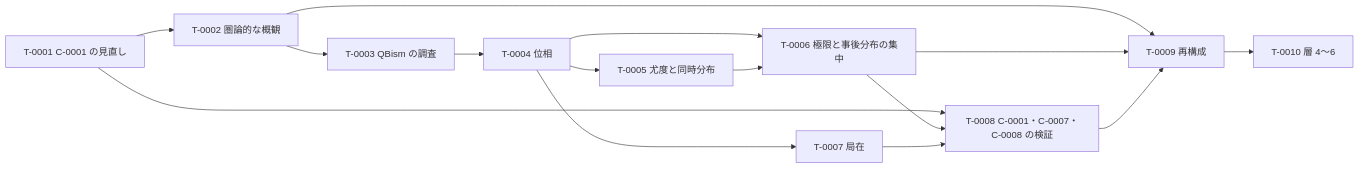
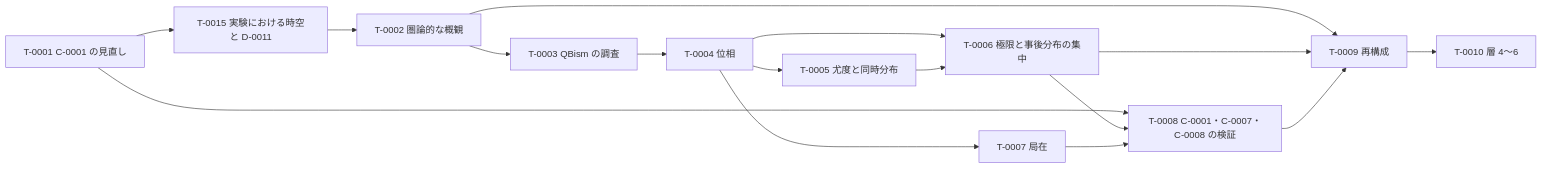
Before and after one commit to kittenkiki15/point-free-spacetime: the diagram in roadmap.md, drawn with Mermaid. The commit also changed other lines of this file and 11 other files, not shown here.

````diff
--- a/roadmap.md
+++ b/roadmap.md
@@ -52,17 +55,18 @@
 ```mermaid
 flowchart LR
-  T0001["T-0001 C-0001 の見直し"] --> T0002["T-0002 圏論的な概観"]
+  T0001["T-0001 C-0001 の見直し"] --> T0015["T-0015 実験における時空と D-0011"]
+  T0015 --> T0002["T-0002 圏論的な概観"]
   T0002 --> T0003["T-0003 QBism の調査"]
   T0003 --> T0004["T-0004 位相"]
   T0004 --> T0005["T-0005 尤度と同時分布"]
   T0004 --> T0006["T-0006 極限と事後分布の集中"]
   T0005 --> T0006
   T0004 --> T0007["T-0007 局在"]
   T0001 --> T0008["T-0008 C-0001・C-0007・C-0008 の検証"]
   T0006 --> T0008
   T0007 --> T0008
   T0002 --> T0009["T-0009 再構成"]
   T0006 --> T0009
   T0008 --> T0009
   T0009 --> T0010["T-0010 層 4〜6"]
 ```
````
